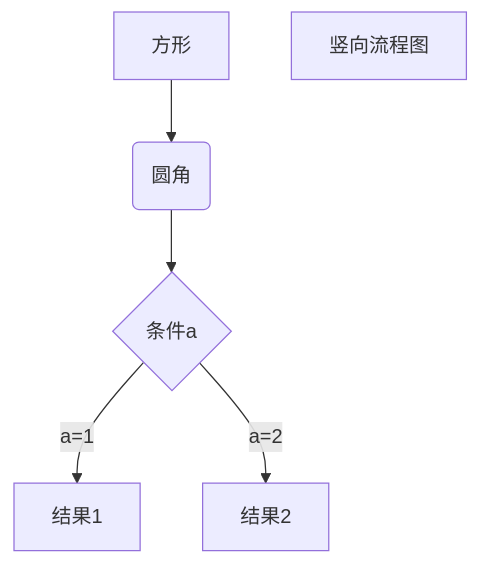
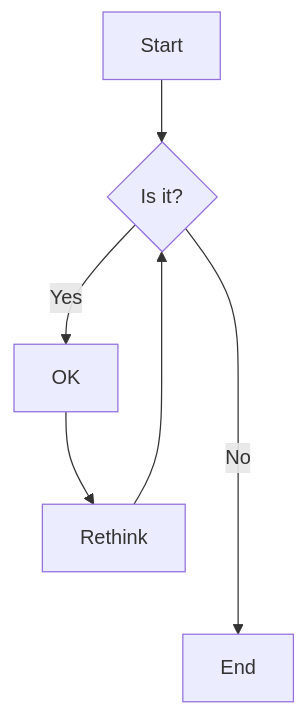
The second of 10 diagrams in typora绘图.md (DavidZhiXing/Blog), drawn with Mermaid before and after one commit. The commit also changed other lines of this file and 1 other file, not shown here.

````diff
--- a/typora绘图.md
+++ b/typora绘图.md
@@ -14,8 +13,8 @@
 ```mermaid
-graph TD
-A[方形] -->B(圆角)
-    B --> C{条件a}
-    C -->|a=1| D[结果1]
-    C -->|a=2| E[结果2]
-    F[竖向流程图]
+graph TD;
+    A[Start] --> B{Is it?};
+    B -- Yes --> C[OK];
+    C --> D[Rethink];
+    D --> B;
+    B -- No ----> E[End];
 ```
````
